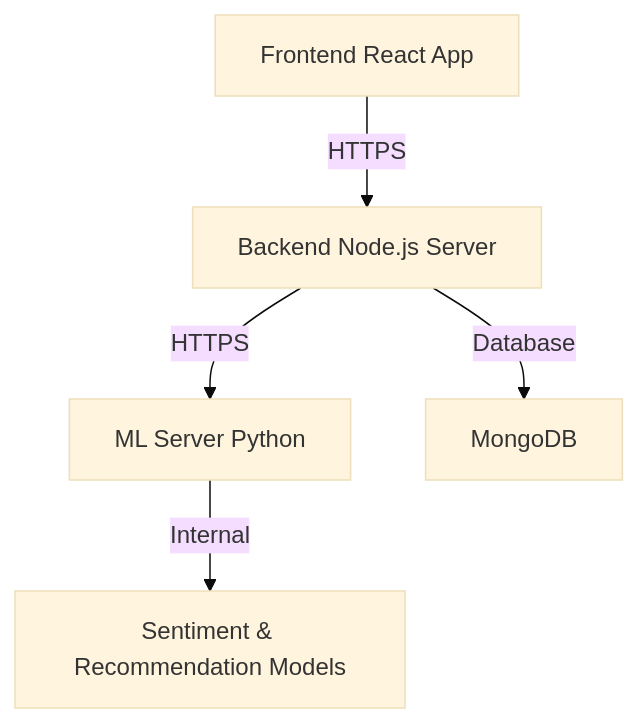
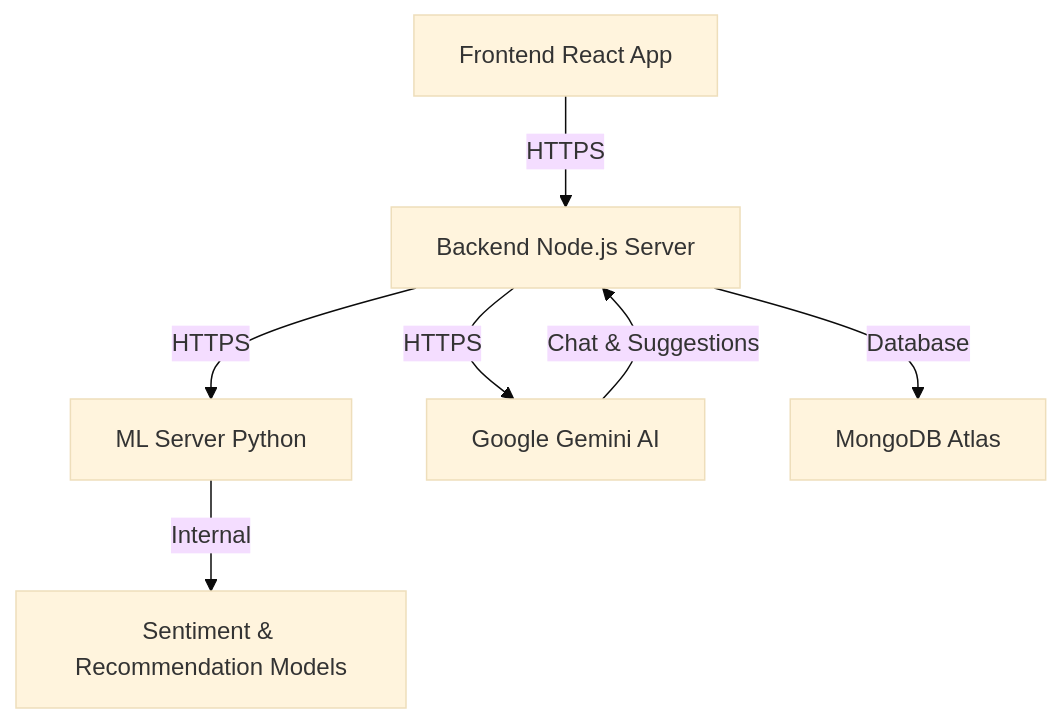
Before and after one commit to Aryan030204/mindEase: the diagram in DOCUMENTATION.md, drawn with Mermaid (base theme). The commit also changed other lines of this file, not shown here.

````diff
--- a/DOCUMENTATION.md
+++ b/DOCUMENTATION.md
@@ -11,7 +11,9 @@
 ```mermaid
 graph TD
     A[Frontend React App] -->|HTTPS| B[Backend Node.js Server]
     B -->|HTTPS| C[ML Server Python]
-    B -->|Database| D[MongoDB]
+    B -->|HTTPS| F[Google Gemini AI]
+    B -->|Database| D[MongoDB Atlas]
     C -->|Internal| E[Sentiment & Recommendation Models]
+    F -->|Chat & Suggestions| B
 ```
````
